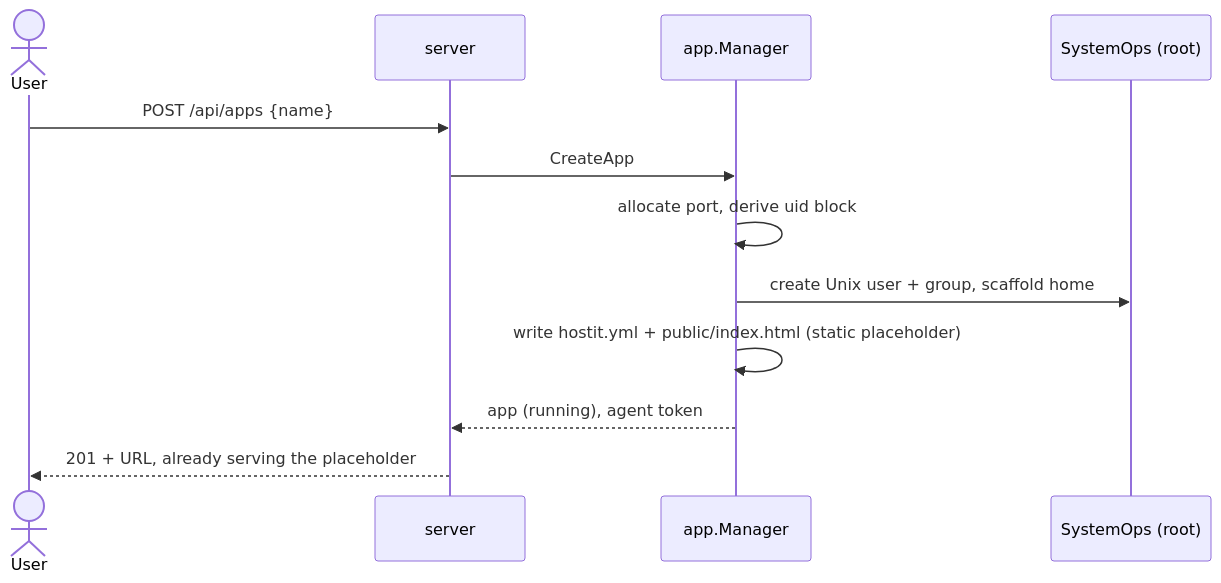
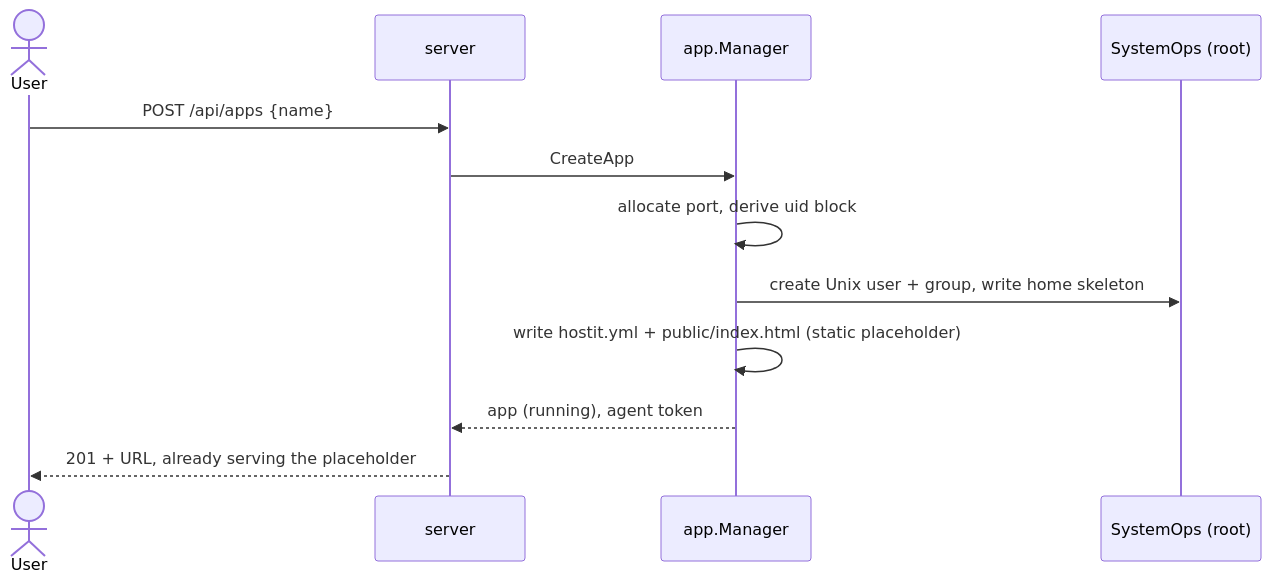
The third of 7 diagrams in docs/internal/slides/slides.md (binwiederhier/hostit), drawn with Mermaid before and after one commit. The commit also changed 26 other files, not shown here.

Commit message:
Rename scaffold -> skeleton throughout (files, identifiers, WriteSkeleton, docs)

````diff
--- a/docs/internal/slides/slides.md
+++ b/docs/internal/slides/slides.md
@@ -106,14 +106,14 @@
 ```mermaid
 sequenceDiagram
     actor User
     participant S as server
     participant M as app.Manager
     participant Sys as SystemOps (root)
     User->>S: POST /api/apps {name}
     S->>M: CreateApp
     M->>M: allocate port, derive uid block
-    M->>Sys: create Unix user + group, scaffold home
+    M->>Sys: create Unix user + group, write home skeleton
     M->>M: write hostit.yml + public/index.html (static placeholder)
     M-->>S: app (running), agent token
     S-->>User: 201 + URL, already serving the placeholder
 ```
````
